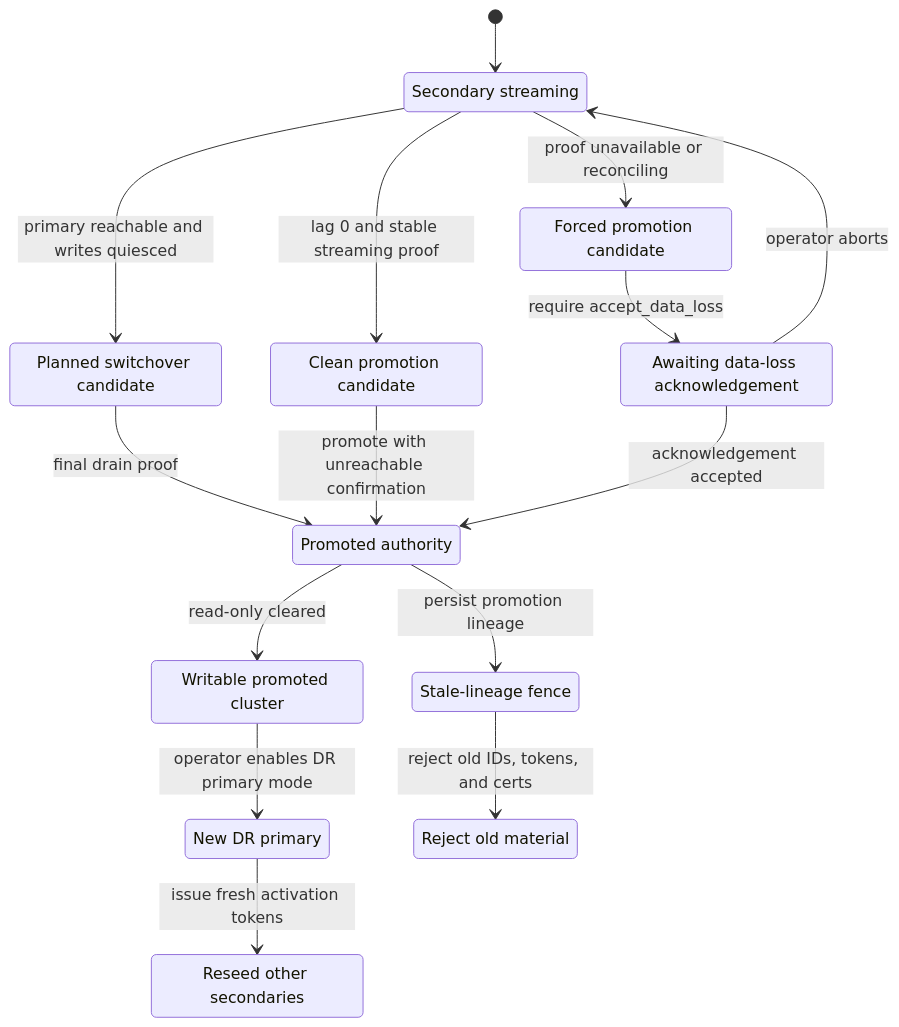
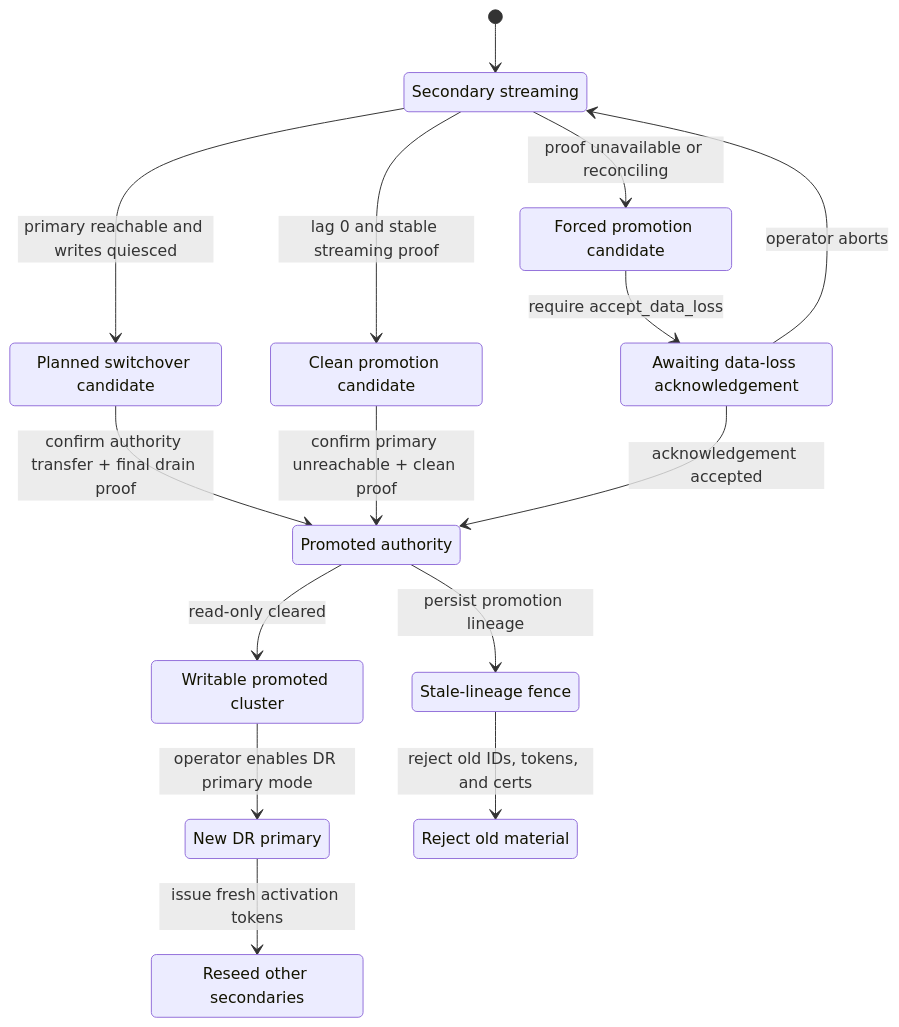
One commit to adfinis/openbao changed the first of 2 diagrams in DR_FAILOVER_DESIGN.md. Above: the diagram before and after it, drawn with Mermaid. The commit also changed other lines of this file and 1 other file, not shown here.

````diff
--- a/DR_FAILOVER_DESIGN.md
+++ b/DR_FAILOVER_DESIGN.md
@@ -39,32 +39,32 @@
 ```mermaid
 stateDiagram-v2
     state "Secondary streaming" as SecondaryStreaming
     state "Planned switchover candidate" as PlannedSwitchover
     state "Clean promotion candidate" as CleanCandidate
     state "Forced promotion candidate" as ForcedCandidate
     state "Awaiting data-loss acknowledgement" as AwaitingAck
     state "Promoted authority" as PromotedAuthority
     state "Writable promoted cluster" as NewWrites
     state "New DR primary" as NewDRPrimary
     state "Reseed other secondaries" as ReseedSecondaries
     state "Stale-lineage fence" as StaleFence
     state "Reject old material" as RejectOldMaterial
 
     [*] --> SecondaryStreaming
     SecondaryStreaming --> PlannedSwitchover: primary reachable and writes quiesced
     SecondaryStreaming --> CleanCandidate: lag 0 and stable streaming proof
     SecondaryStreaming --> ForcedCandidate: proof unavailable or reconciling
 
-    PlannedSwitchover --> PromotedAuthority: final drain proof
-    CleanCandidate --> PromotedAuthority: promote with unreachable confirmation
+    PlannedSwitchover --> PromotedAuthority: confirm authority transfer + final drain proof
+    CleanCandidate --> PromotedAuthority: confirm primary unreachable + clean proof
     ForcedCandidate --> AwaitingAck: require accept_data_loss
     AwaitingAck --> PromotedAuthority: acknowledgement accepted
     AwaitingAck --> SecondaryStreaming: operator aborts
 
     PromotedAuthority --> NewWrites: read-only cleared
     NewWrites --> NewDRPrimary: operator enables DR primary mode
     NewDRPrimary --> ReseedSecondaries: issue fresh activation tokens
 
     PromotedAuthority --> StaleFence: persist promotion lineage
     StaleFence --> RejectOldMaterial: reject old IDs, tokens, and certs
 ```
````
